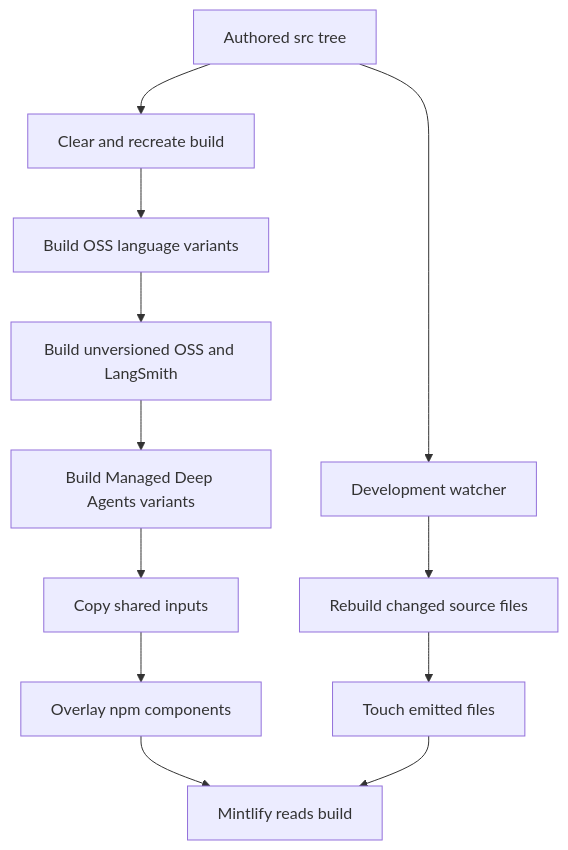
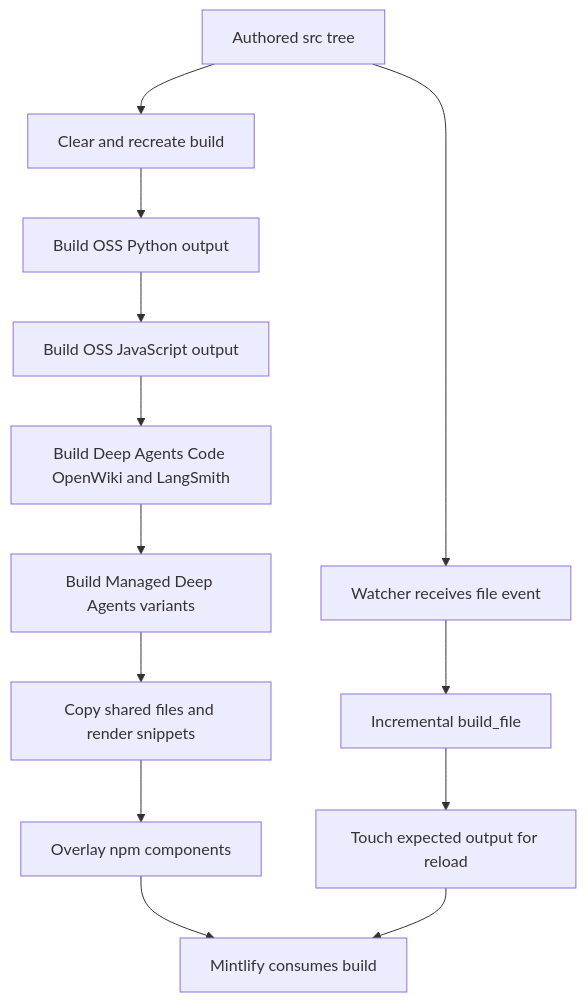
One commit to langchain-ai/docs changed the diagram in openwiki/architecture/build-system.md. Above: the diagram before and after it, drawn with Mermaid. The commit also changed other lines of this file and 45 other files, not shown here.

Commit message:
docs: update OpenWiki

````diff
--- a/openwiki/architecture/build-system.md
+++ b/openwiki/architecture/build-system.md
@@ -47,14 +45,15 @@
 ```mermaid
 flowchart TD
     Source["Authored src tree"] --> Clear["Clear and recreate build"]
-    Clear --> Oss["Build OSS language variants"]
-    Oss --> Unversioned["Build unversioned OSS and LangSmith"]
+    Clear --> Py["Build OSS Python output"]
+    Py --> Js["Build OSS JavaScript output"]
+    Js --> Unversioned["Build Deep Agents Code OpenWiki and LangSmith"]
     Unversioned --> Managed["Build Managed Deep Agents variants"]
-    Managed --> Shared["Copy shared inputs"]
+    Managed --> Shared["Copy shared files and render snippets"]
     Shared --> Overlay["Overlay npm components"]
-    Overlay --> Mint["Mintlify reads build"]
-    Source --> Watch["Development watcher"]
-    Watch --> Incremental["Rebuild changed source files"]
-    Incremental --> Reload["Touch emitted files"]
-    Reload --> Mint
+    Overlay --> Mint["Mintlify consumes build"]
+    Source --> Watch["Watcher receives file event"]
+    Watch --> Incremental["Incremental build_file"]
+    Incremental --> Touch["Touch expected output for reload"]
+    Touch --> Mint
 ```
````
